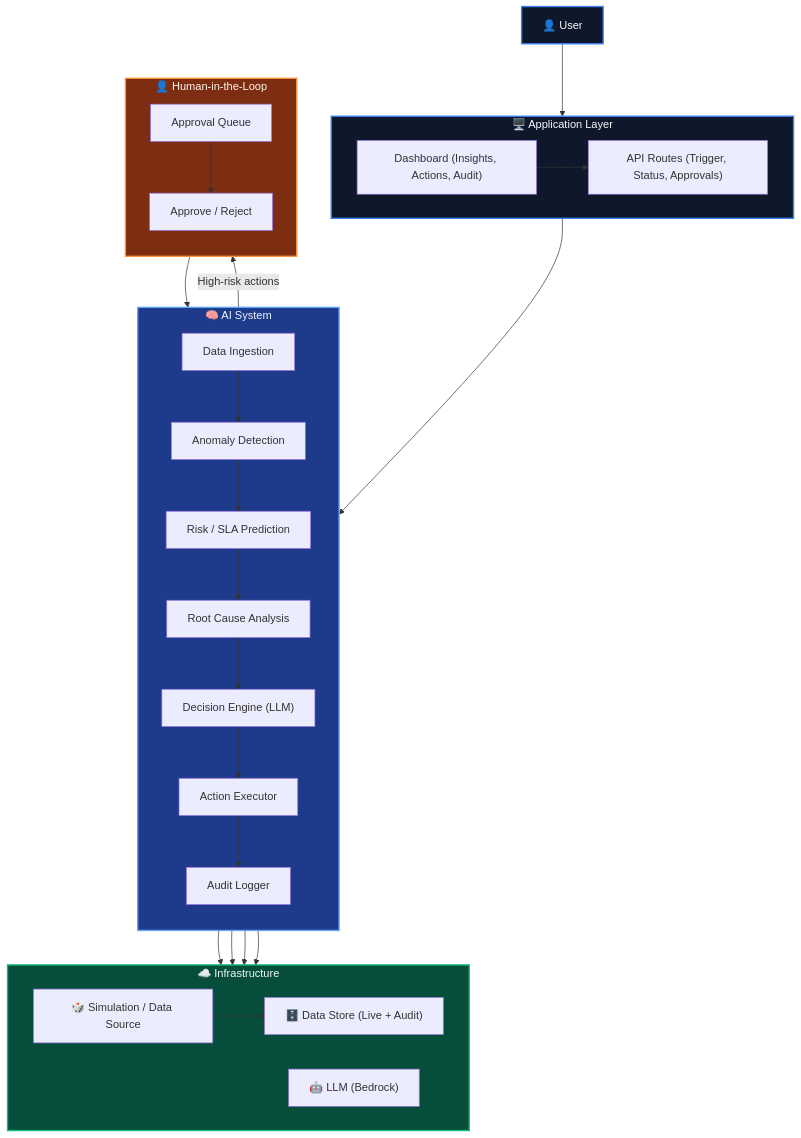
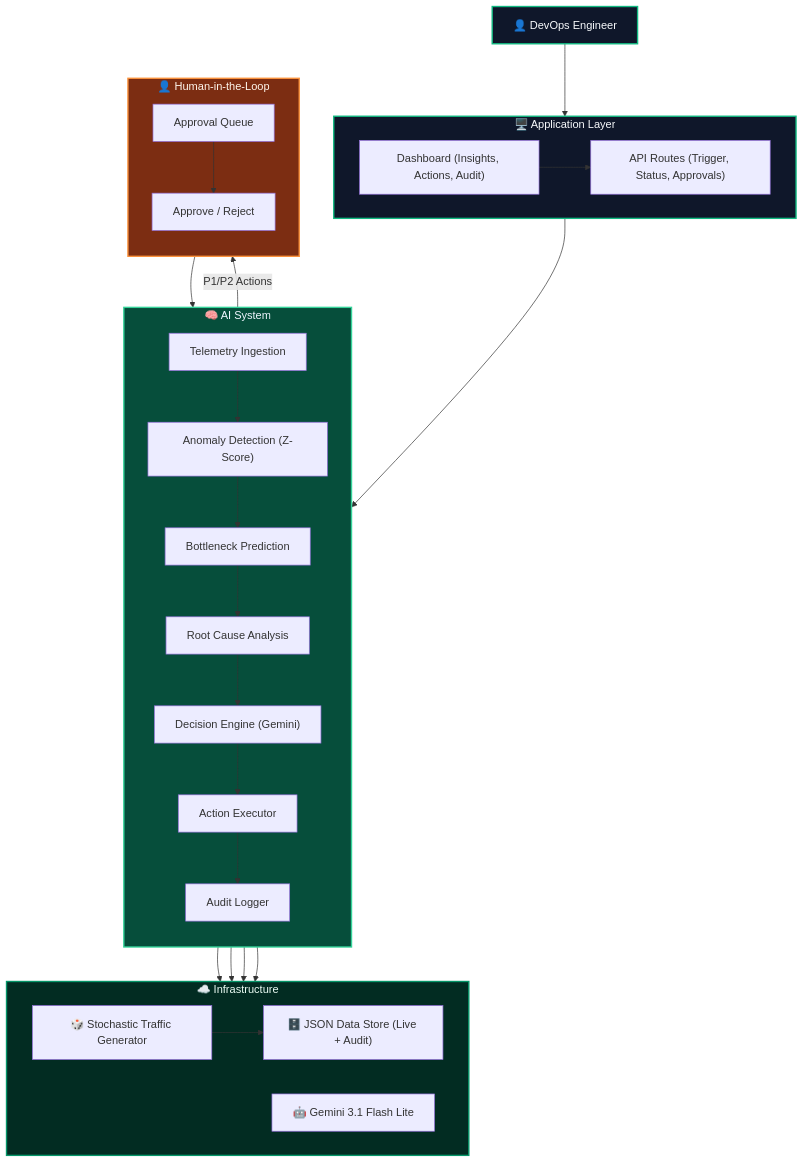
Before and after one commit to adarshcod30/SmartAlloc: the first of 3 diagrams in README.md, drawn with Mermaid. The commit also changed other lines of this file, not shown here.

````diff
--- a/README.md
+++ b/README.md
@@ -147,66 +146,66 @@
 ```mermaid
 flowchart TB
 
 %% ── STYLES ─────────────────────────
-classDef main fill:#0f172a,stroke:#3b82f6,color:#f8fafc,stroke-width:2px
-classDef core fill:#1e3a8a,stroke:#60a5fa,color:#eff6ff,stroke-width:2px
-classDef infra fill:#064e3b,stroke:#10b981,color:#ecfdf5,stroke-width:2px
+classDef main fill:#0f172a,stroke:#10b981,color:#f8fafc,stroke-width:2px
+classDef core fill:#064e3b,stroke:#34d399,color:#eff6ff,stroke-width:2px
+classDef infra fill:#022c22,stroke:#059669,color:#ecfdf5,stroke-width:2px
 classDef aux fill:#292524,stroke:#f59e0b,color:#fef3c7,stroke-width:2px
 classDef hitl fill:#7c2d12,stroke:#fb923c,color:#fff7ed,stroke-width:2px
 
 %% ── TOP LAYER ──────────────────────
-User["👤 User"]:::main
+User["👤 DevOps Engineer"]:::main
 
 subgraph App["🖥️ Application Layer"]
     direction LR
     UI["Dashboard (Insights, Actions, Audit)"]
     API["API Routes (Trigger, Status, Approvals)"]
 end
 class App main
 
 %% ── CORE SYSTEM ────────────────────
 subgraph Core["🧠 AI System"]
     direction TB
-    A1["Data Ingestion"]
-    A2["Anomaly Detection"]
-    A3["Risk / SLA Prediction"]
+    A1["Telemetry Ingestion"]
+    A2["Anomaly Detection (Z-Score)"]
+    A3["Bottleneck Prediction"]
     A4["Root Cause Analysis"]
-    A5["Decision Engine (LLM)"]
+    A5["Decision Engine (Gemini)"]
     A6["Action Executor"]
     A7["Audit Logger"]
 end
 class Core core
 
 %% ── INFRASTRUCTURE ─────────────────
 subgraph Infra["☁️ Infrastructure"]
     direction LR
-    DB["🗄️ Data Store (Live + Audit)"]
-    LLM["🤖 LLM (Bedrock)"]
-    SIM["🎲 Simulation / Data Source"]
+    DB["🗄️ JSON Data Store (Live + Audit)"]
+    LLM["🤖 Gemini 3.1 Flash Lite"]
+    SIM["🎲 Stochastic Traffic Generator"]
 end
 class Infra infra
 
 %% ── HUMAN LOOP ─────────────────────
 subgraph HITL["👤 Human-in-the-Loop"]
     direction TB
     H1["Approval Queue"]
     H2["Approve / Reject"]
 end
 class HITL hitl
 
 %% ── FLOW ───────────────────────────
 User --> UI --> API --> A1
 
 A1 --> A2 --> A3 --> A4 --> A5 --> A6 --> A7
 
 %% infra connections
 A1 --> DB
 A6 --> DB
 A7 --> DB
 A5 --> LLM
 SIM --> DB
 
 %% HITL loop
-A6 -->|High-risk actions| H1
+A6 -->|P1/P2 Actions| H1
 H1 --> H2 --> A6
 ```
````
